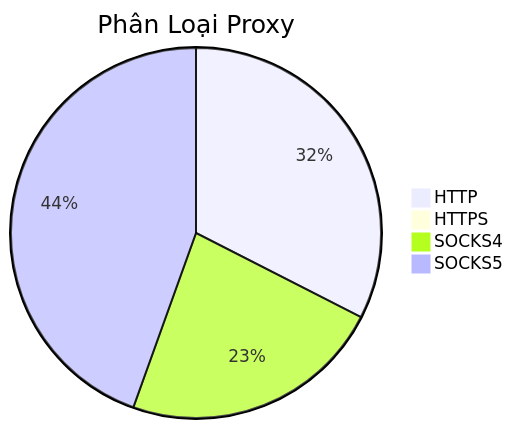
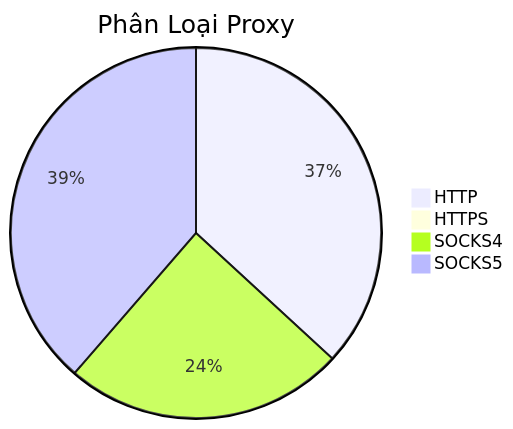
One commit to Ciara-Aa/PROXY-free changed the diagram in README.md. Above: the diagram before and after it, drawn with Mermaid. The commit also changed other lines of this file and 4 other files, not shown here.

````diff
--- a/README.md
+++ b/README.md
@@ -26,7 +26,7 @@
 ```mermaid
 pie title Phân Loại Proxy
-    "HTTP" : 509
-    "HTTPS" : 3
-    "SOCKS4" : 360
-    "SOCKS5" : 697
+    "HTTP" : 538
+    "HTTPS" : 2
+    "SOCKS4" : 358
+    "SOCKS5" : 564
 ```
````
